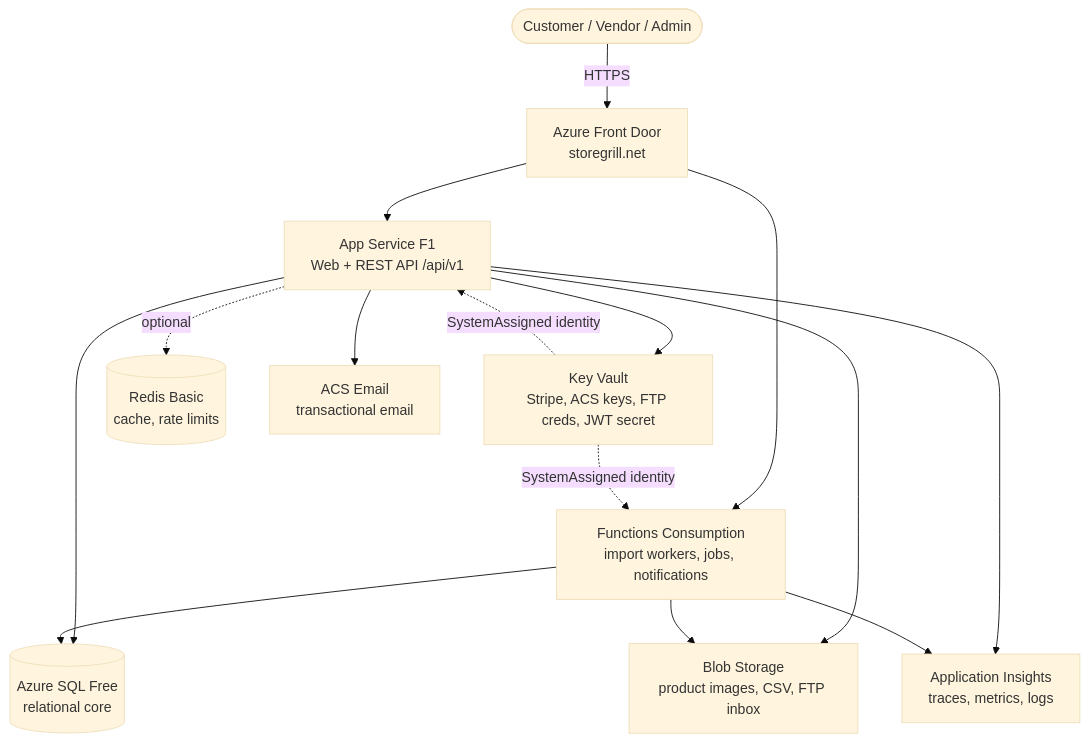
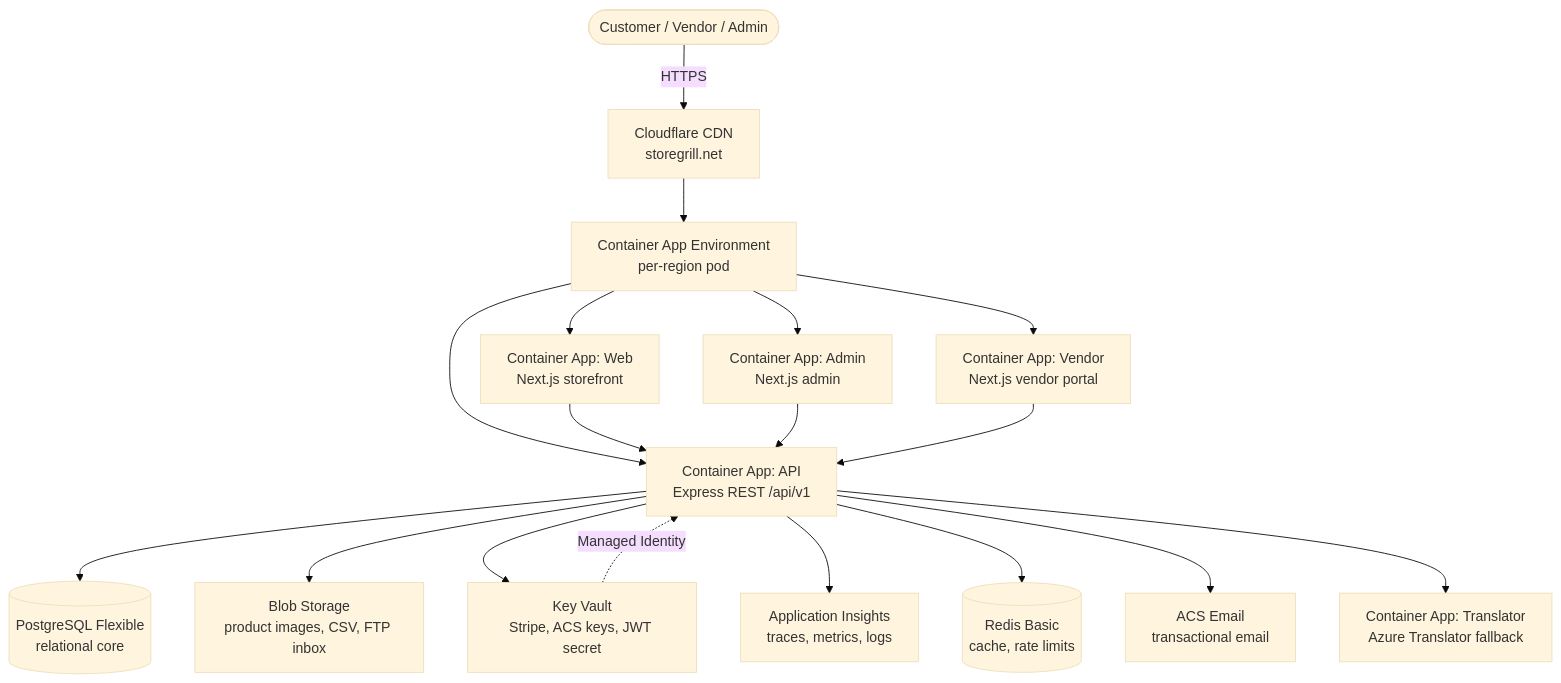
Before and after one commit to modollarpo/storegrill: the diagram in docs/architecture.md, drawn with Mermaid (base theme). The commit also changed other lines of this file and 15 other files, not shown here.

````diff
--- a/docs/architecture.md
+++ b/docs/architecture.md
@@ -5,18 +5,21 @@
 ```mermaid
 graph TB
-  User([Customer / Vendor / Admin]) -->|HTTPS| FD[Azure Front Door<br/>storegrill.net]
-  FD --> APP[App Service F1<br/>Web + REST API /api/v1]
-  FD --> FN[Functions Consumption<br/>import workers, jobs, notifications]
+  User([Customer / Vendor / Admin]) -->|HTTPS| CDN[Cloudflare CDN<br/>storegrill.net]
+  CDN --> CAE[Container App Environment<br/>per-region pod]
+  CAE --> API[Container App: API<br/>Express REST /api/v1]
+  CAE --> WEB[Container App: Web<br/>Next.js storefront]
+  CAE --> ADMIN[Container App: Admin<br/>Next.js admin]
+  CAE --> VENDOR[Container App: Vendor<br/>Next.js vendor portal]
 
-  APP --> SQL[(Azure SQL Free<br/>relational core)]
-  FN --> SQL
-  APP --> BLOB[Blob Storage<br/>product images, CSV, FTP inbox]
-  FN --> BLOB
-  APP --> KV[Key Vault<br/>Stripe, ACS keys, FTP creds, JWT secret]
-  KV -.->|SystemAssigned identity| APP
-  KV -.->|SystemAssigned identity| FN
-  APP --> AI[Application Insights<br/>traces, metrics, logs]
-  FN --> AI
-  APP -.->|optional| REDIS[(Redis Basic<br/>cache, rate limits)]
-  APP --> MAIL[ACS Email<br/>transactional email]
+  API --> PG[(PostgreSQL Flexible<br/>relational core)]
+  WEB --> API
+  ADMIN --> API
+  VENDOR --> API
+  API --> BLOB[Blob Storage<br/>product images, CSV, FTP inbox]
+  API --> KV[Key Vault<br/>Stripe, ACS keys, JWT secret]
+  KV -.->|Managed Identity| API
+  API --> AI[Application Insights<br/>traces, metrics, logs]
+  API --> REDIS[(Redis Basic<br/>cache, rate limits)]
+  API --> MAIL[ACS Email<br/>transactional email]
+  API --> TRANSLATOR[Container App: Translator<br/>Azure Translator fallback]
 ```
````
